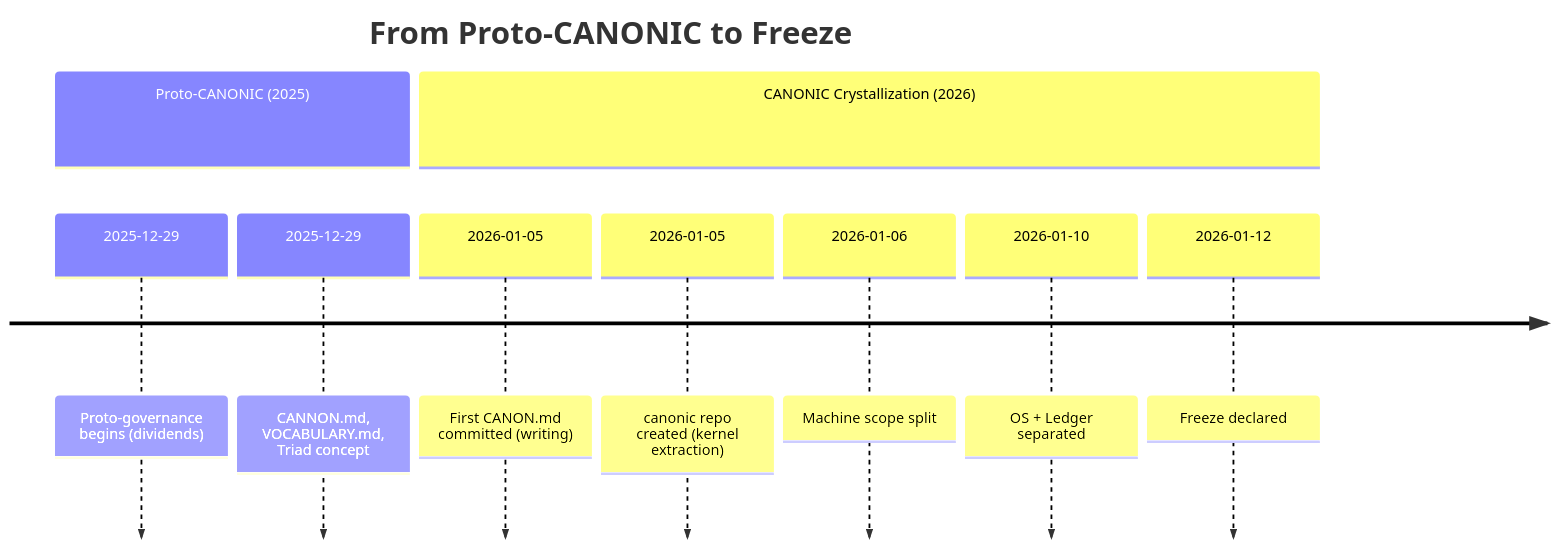
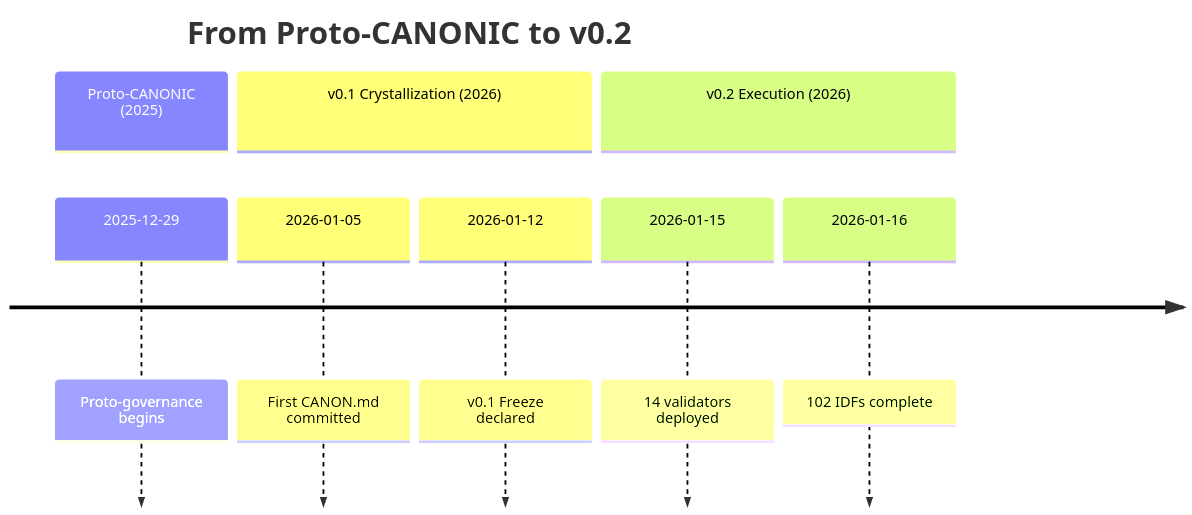
Before and after one commit to canonic-machine/paper: the third of 4 diagrams in manuscript.md, drawn with Mermaid. The commit also changed other lines of this file and 1 other file, not shown here.

````diff
--- a/manuscript.md
+++ b/manuscript.md
@@ -185,13 +121,12 @@
 ```mermaid
 timeline
-    title From Proto-CANONIC to Freeze
+    title From Proto-CANONIC to v0.2
     section Proto-CANONIC (2025)
-        2025-12-29 : Proto-governance begins (dividends)
-        2025-12-29 : CANNON.md, VOCABULARY.md, Triad concept
-    section CANONIC Crystallization (2026)
-        2026-01-05 : First CANON.md committed (writing)
-        2026-01-05 : canonic repo created (kernel extraction)
-        2026-01-06 : Machine scope split
-        2026-01-10 : OS + Ledger separated
-        2026-01-12 : Freeze declared
+        2025-12-29 : Proto-governance begins
+    section v0.1 Crystallization (2026)
+        2026-01-05 : First CANON.md committed
+        2026-01-12 : v0.1 Freeze declared
+    section v0.2 Execution (2026)
+        2026-01-15 : 14 validators deployed
+        2026-01-16 : 102 IDFs complete
 ```
````
